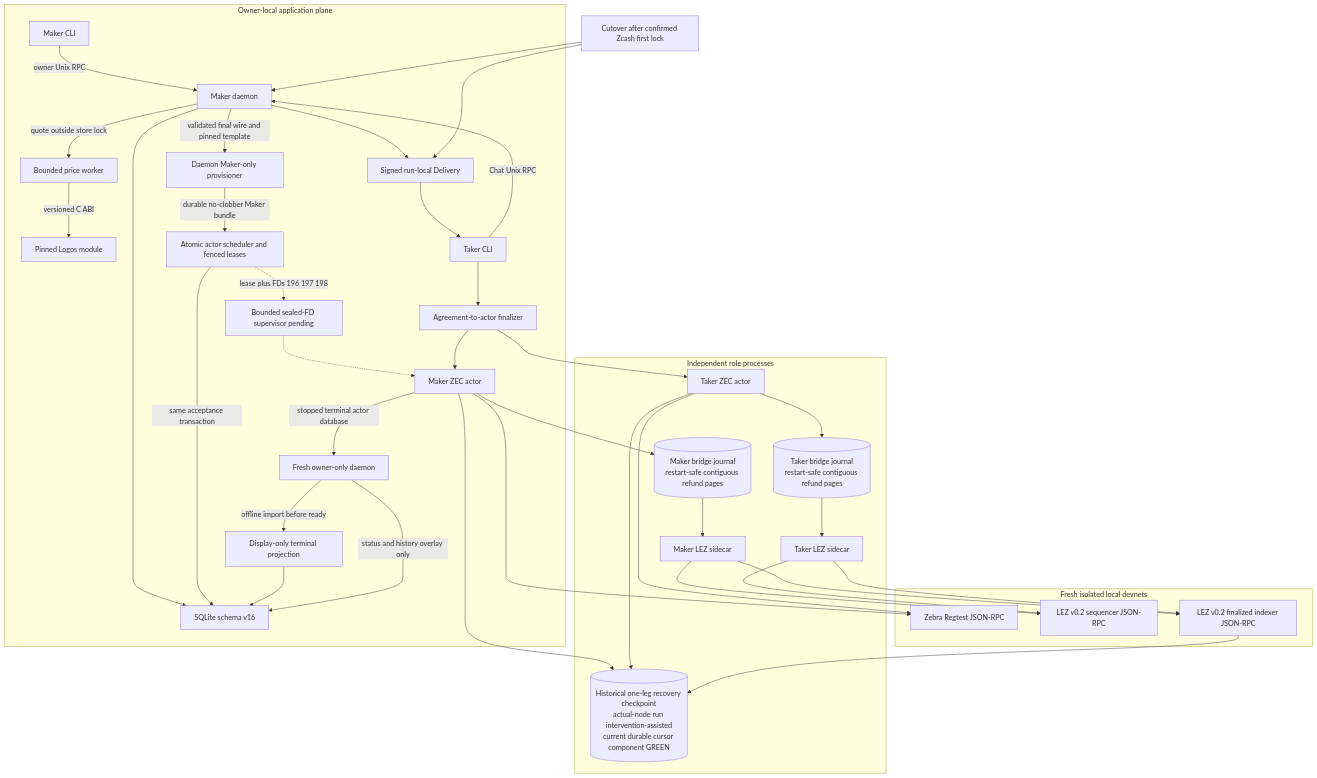
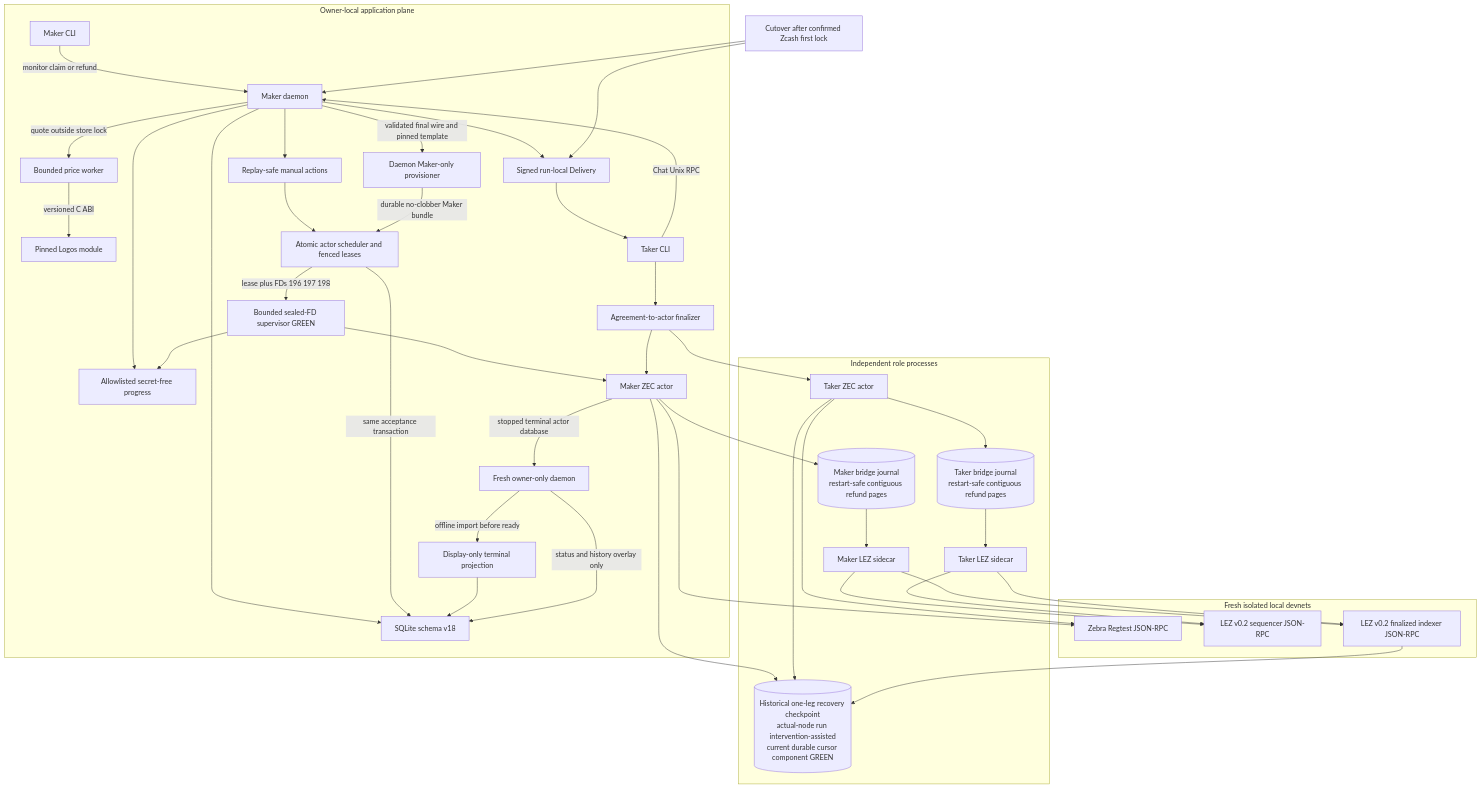
Before and after one commit to gateway-fm/lez-atomic-swaps: the ninth of 18 diagrams in docs/architecture/deployment-components-and-rpcs.md, drawn with Mermaid. The commit also changed other lines of this file and 16 other files, not shown here.

````diff
--- a/docs/architecture/deployment-components-and-rpcs.md
+++ b/docs/architecture/deployment-components-and-rpcs.md
@@ -813,69 +818,75 @@
 ```mermaid
 flowchart TB
     subgraph App[Owner-local application plane]
         MakerCli[Maker CLI]
         Daemon[Maker daemon]
-        Store[SQLite schema v16]
+        Store[SQLite schema v18]
         TerminalView[Display-only terminal projection]
         TerminalDaemon[Fresh owner-only daemon]
         PriceWorker[Bounded price worker]
         PriceModule[Pinned Logos module]
         Delivery[Signed run-local Delivery]
         TakerCli[Taker CLI]
         Finalizer[Agreement-to-actor finalizer]
         Provisioner[Daemon Maker-only provisioner]
         Scheduler[Atomic actor scheduler and fenced leases]
-        Supervisor[Bounded sealed-FD supervisor pending]
-        MakerCli -->|owner Unix RPC| Daemon
+        Actions[Replay-safe manual actions]
+        Progress[Allowlisted secret-free progress]
+        Supervisor[Bounded sealed-FD supervisor GREEN]
+        MakerCli -->|monitor claim or refund| Daemon
         Daemon --> Store
+        Daemon --> Actions
+        Daemon --> Progress
+        Actions --> Scheduler
+        Supervisor --> Progress
         Daemon --> Delivery
         Delivery --> TakerCli
         TakerCli -->|Chat Unix RPC| Daemon
         Daemon -->|quote outside store lock| PriceWorker
         PriceWorker -->|versioned C ABI| PriceModule
         Daemon -->|validated final wire and pinned template| Provisioner
         Provisioner -->|durable no-clobber Maker bundle| Scheduler
         Scheduler -->|same acceptance transaction| Store
-        Scheduler -.->|lease plus FDs 196 197 198| Supervisor
-        Supervisor -.-> MakerActor
+        Scheduler -->|lease plus FDs 196 197 198| Supervisor
+        Supervisor --> MakerActor
         TakerCli --> Finalizer
         TerminalDaemon -->|offline import before ready| TerminalView
         TerminalView --> Store
         TerminalDaemon -->|status and history overlay only| Store
     end
 
     subgraph Roles[Independent role processes]
         MakerActor[Maker ZEC actor]
         TakerActor[Taker ZEC actor]
         MakerSidecar[Maker LEZ sidecar]
         TakerSidecar[Taker LEZ sidecar]
         MakerCursor[("Maker bridge journal<br/>restart-safe contiguous refund pages")]
         TakerCursor[("Taker bridge journal<br/>restart-safe contiguous refund pages")]
         RecoveryProof[("Historical one-leg recovery checkpoint<br/>actual-node run intervention-assisted<br/>current durable cursor component GREEN")]
         Finalizer --> MakerActor
         Finalizer --> TakerActor
         MakerActor --> MakerCursor
         MakerCursor --> MakerSidecar
         TakerActor --> TakerCursor
         TakerCursor --> TakerSidecar
         MakerActor -->|stopped terminal actor database| TerminalDaemon
     end
 
     subgraph Nodes[Fresh isolated local devnets]
         Zebra[Zebra Regtest JSON-RPC]
         Sequencer[LEZ v0.2 sequencer JSON-RPC]
         Indexer[LEZ v0.2 finalized indexer JSON-RPC]
     end
 
     MakerActor --> Zebra
     TakerActor --> Zebra
     MakerSidecar --> Sequencer
     MakerSidecar --> Indexer
     TakerSidecar --> Sequencer
     TakerSidecar --> Indexer
     MakerActor --> RecoveryProof
     TakerActor --> RecoveryProof
     Indexer --> RecoveryProof
     Cutover[Cutover after confirmed Zcash first lock] --> Daemon
     Cutover --> Delivery
 ```
````
